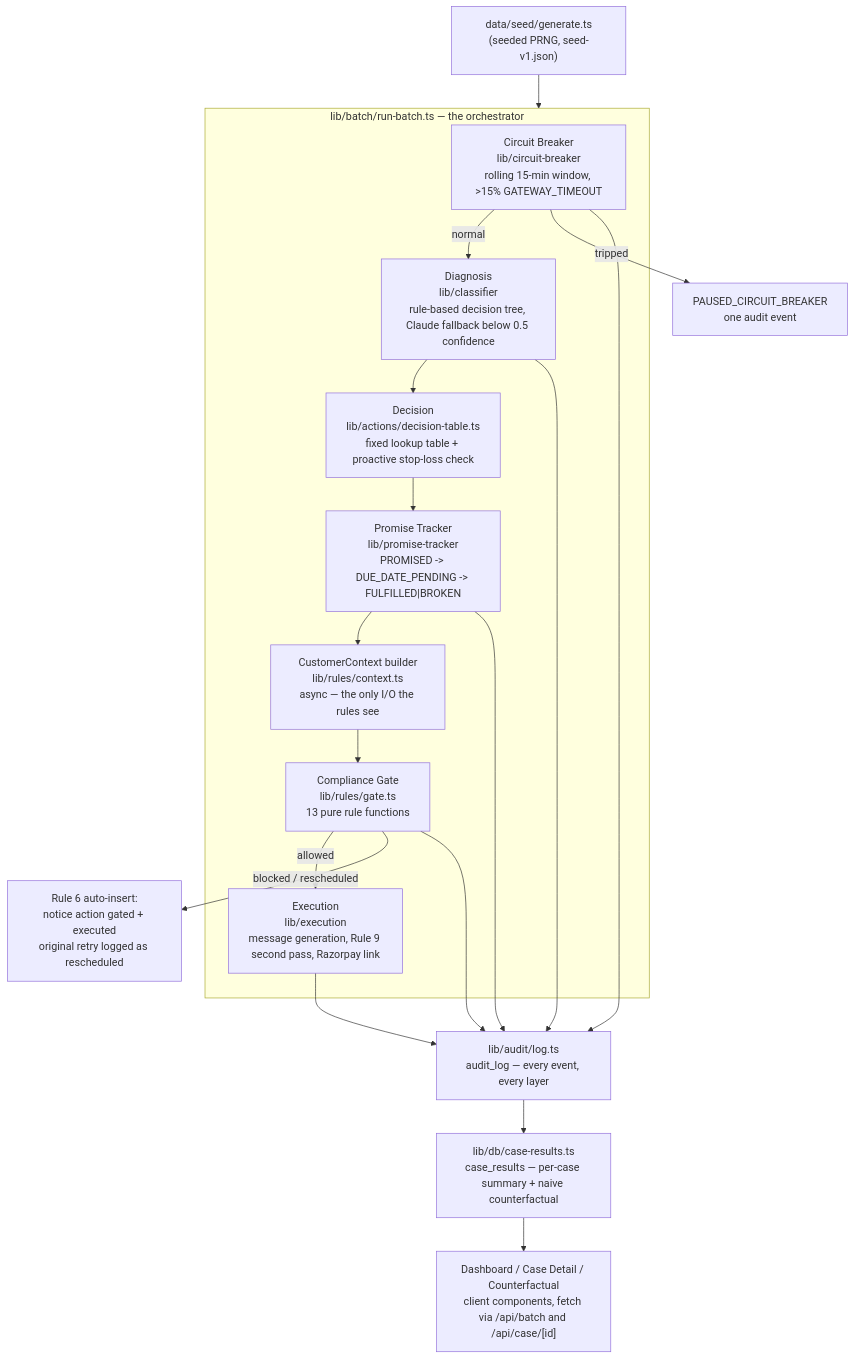
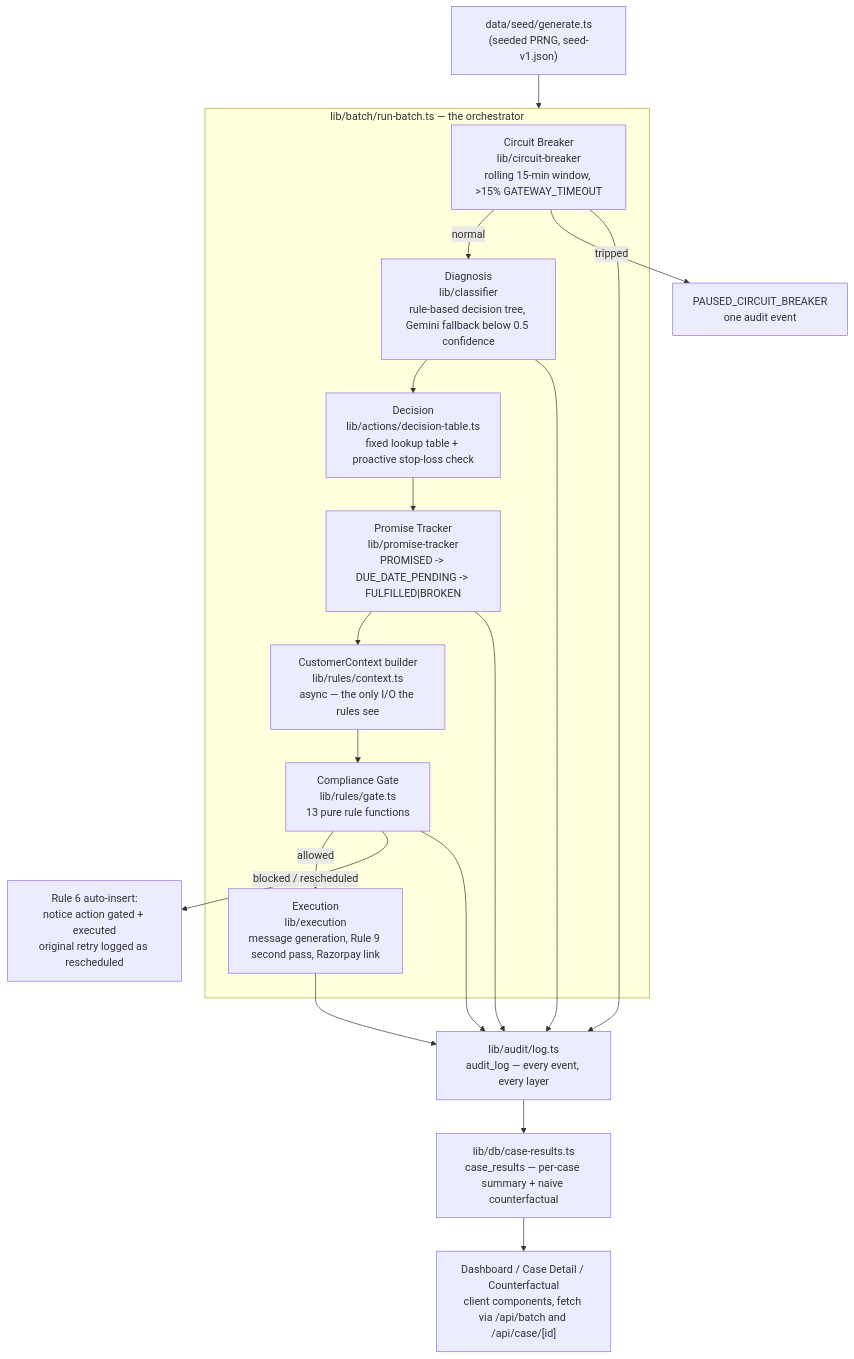
The diagram in docs/architecture.md (Cray749/Razorpay_Firmline), drawn with Mermaid before and after one commit. The commit also changed other lines of this file and 31 other files, not shown here.

````diff
--- a/docs/architecture.md
+++ b/docs/architecture.md
@@ -7,32 +7,32 @@
 ```mermaid
 flowchart TB
     SEED["data/seed/generate.ts\n(seeded PRNG, seed-v1.json)"] --> BATCH
 
     subgraph BATCH["lib/batch/run-batch.ts — the orchestrator"]
         CB["Circuit Breaker\nlib/circuit-breaker\nrolling 15-min window, >15% GATEWAY_TIMEOUT"]
-        DIAG["Diagnosis\nlib/classifier\nrule-based decision tree, Claude fallback below 0.5 confidence"]
+        DIAG["Diagnosis\nlib/classifier\nrule-based decision tree, Gemini fallback below 0.5 confidence"]
         DEC["Decision\nlib/actions/decision-table.ts\nfixed lookup table + proactive stop-loss check"]
         PROMISE["Promise Tracker\nlib/promise-tracker\nPROMISED -> DUE_DATE_PENDING -> FULFILLED|BROKEN"]
         CTX["CustomerContext builder\nlib/rules/context.ts\nasync — the only I/O the rules see"]
         GATE["Compliance Gate\nlib/rules/gate.ts\n13 pure rule functions"]
         EXEC["Execution\nlib/execution\nmessage generation, Rule 9 second pass, Razorpay link"]
     end
 
     CB -- "normal" --> DIAG
     CB -- "tripped" --> PAUSED["PAUSED_CIRCUIT_BREAKER\none audit event"]
     DIAG --> DEC
     DEC --> PROMISE
     PROMISE --> CTX
     CTX --> GATE
     GATE -- "allowed" --> EXEC
     GATE -- "blocked / rescheduled" --> RESCHED["Rule 6 auto-insert:\nnotice action gated + executed\noriginal retry logged as rescheduled"]
 
     EXEC --> AUDIT["lib/audit/log.ts\naudit_log — every event, every layer"]
     GATE --> AUDIT
     DIAG --> AUDIT
     CB --> AUDIT
     PROMISE --> AUDIT
 
     AUDIT --> RESULTS["lib/db/case-results.ts\ncase_results — per-case summary + naive counterfactual"]
     RESULTS --> UI["Dashboard / Case Detail / Counterfactual\nclient components, fetch via /api/batch and /api/case/[id]"]
 ```
````
